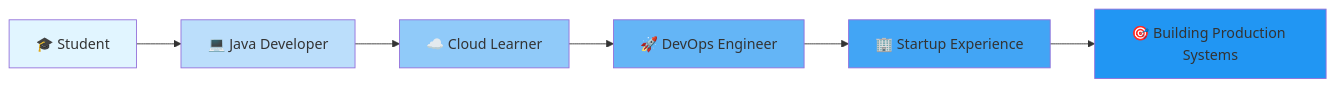
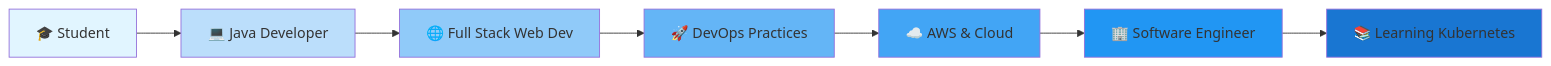
One commit to sabari432/sabari432 changed the diagram in README.md. Above: the diagram before and after it, drawn with Mermaid. The commit also changed other lines of this file, not shown here.

````diff
--- a/README.md
+++ b/README.md
@@ -244,15 +253,17 @@
 ```mermaid
 graph LR
     A[🎓 Student] --> B[💻 Java Developer]
-    B --> C[☁️ Cloud Learner]
-    C --> D[🚀 DevOps Engineer]
-    D --> E[🏢 Startup Experience]
-    E --> F[🎯 Building Production Systems]
+    B --> C[🌐 Full Stack Web Dev]
+    C --> D[🚀 DevOps Practices]
+    D --> E[☁️ AWS & Cloud]
+    E --> F[🏢 Software Engineer]
+    F --> G[📚 Learning Kubernetes]
     
     style A fill:#e1f5ff
     style B fill:#bbdefb
     style C fill:#90caf9
     style D fill:#64b5f6
     style E fill:#42a5f5
     style F fill:#2196f3
+    style G fill:#1976d2
 ```
````
